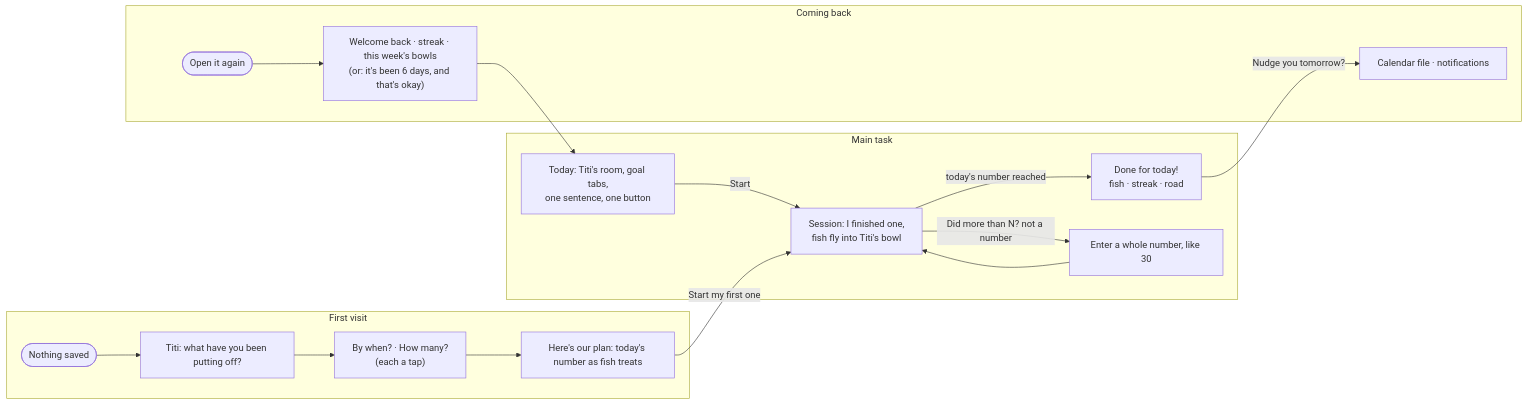
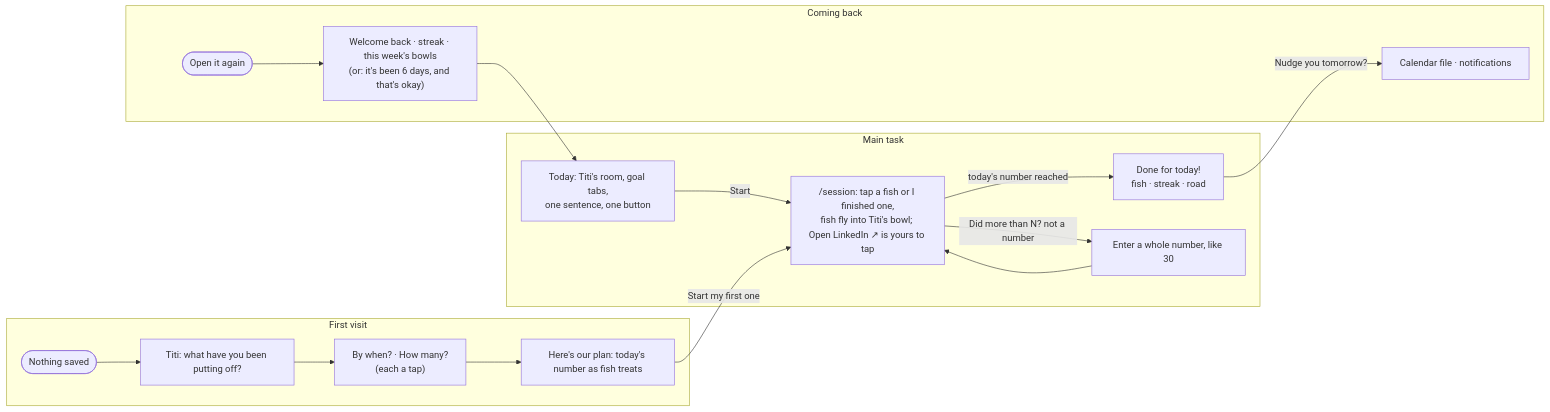
Before and after one commit to jessieyiqichen/dbs-a3: the diagram in README.md, drawn with Mermaid. The commit also changed other lines of this file and 4 other files, not shown here.

Commit message:
docs: session route, the one rule for opening websites, states image

````diff
--- a/README.md
+++ b/README.md
@@ -19,15 +19,15 @@
 ```mermaid
 flowchart LR
     subgraph first [First visit]
         A([Nothing saved]) --> P["Titi: what have you been putting off?"] --> W["By when? · How many?\n(each a tap)"] --> PL["Here's our plan: today's number as fish treats"]
     end
     subgraph main [Main task]
-        T["Today: Titi's room, goal tabs,\none sentence, one button"] -->|Start| S["Session: I finished one,\nfish fly into Titi's bowl"] -->|today's number reached| D["Done for today!\nfish · streak · road"]
+        T["Today: Titi's room, goal tabs,\none sentence, one button"] -->|Start| S["/session: tap a fish or I finished one,\nfish fly into Titi's bowl; Open LinkedIn ↗ is yours to tap"] -->|today's number reached| D["Done for today!\nfish · streak · road"]
         S -->|Did more than N? not a number| E["Enter a whole number, like 30"] --> S
     end
     subgraph back [Coming back]
         C([Open it again]) --> K["Welcome back · streak · this week's bowls\n(or: it's been 6 days, and that's okay)"] --> T
         D -->|Nudge you tomorrow?| N["Calendar file · notifications"]
     end
     PL -->|Start my first one| S
 ```
````
